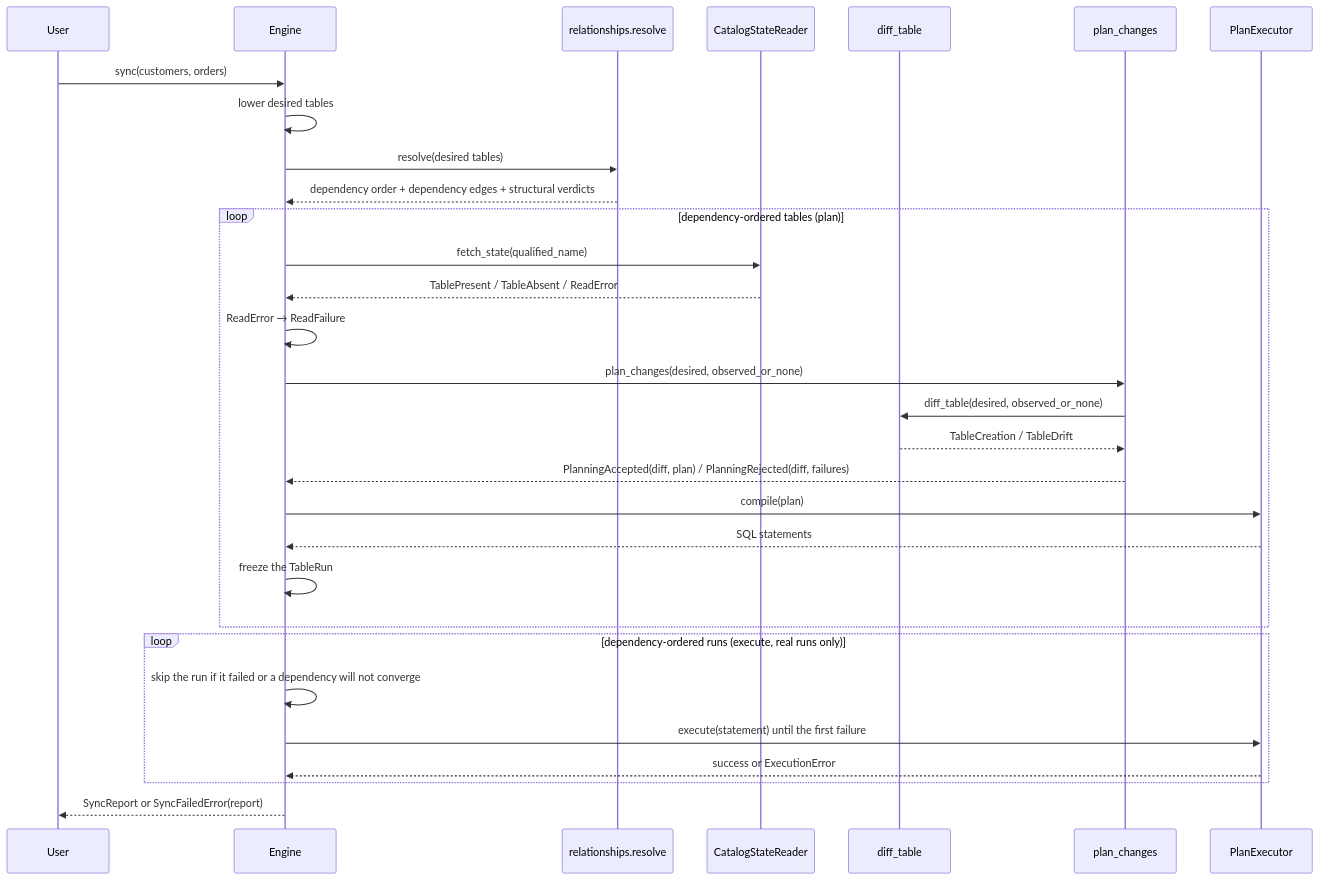
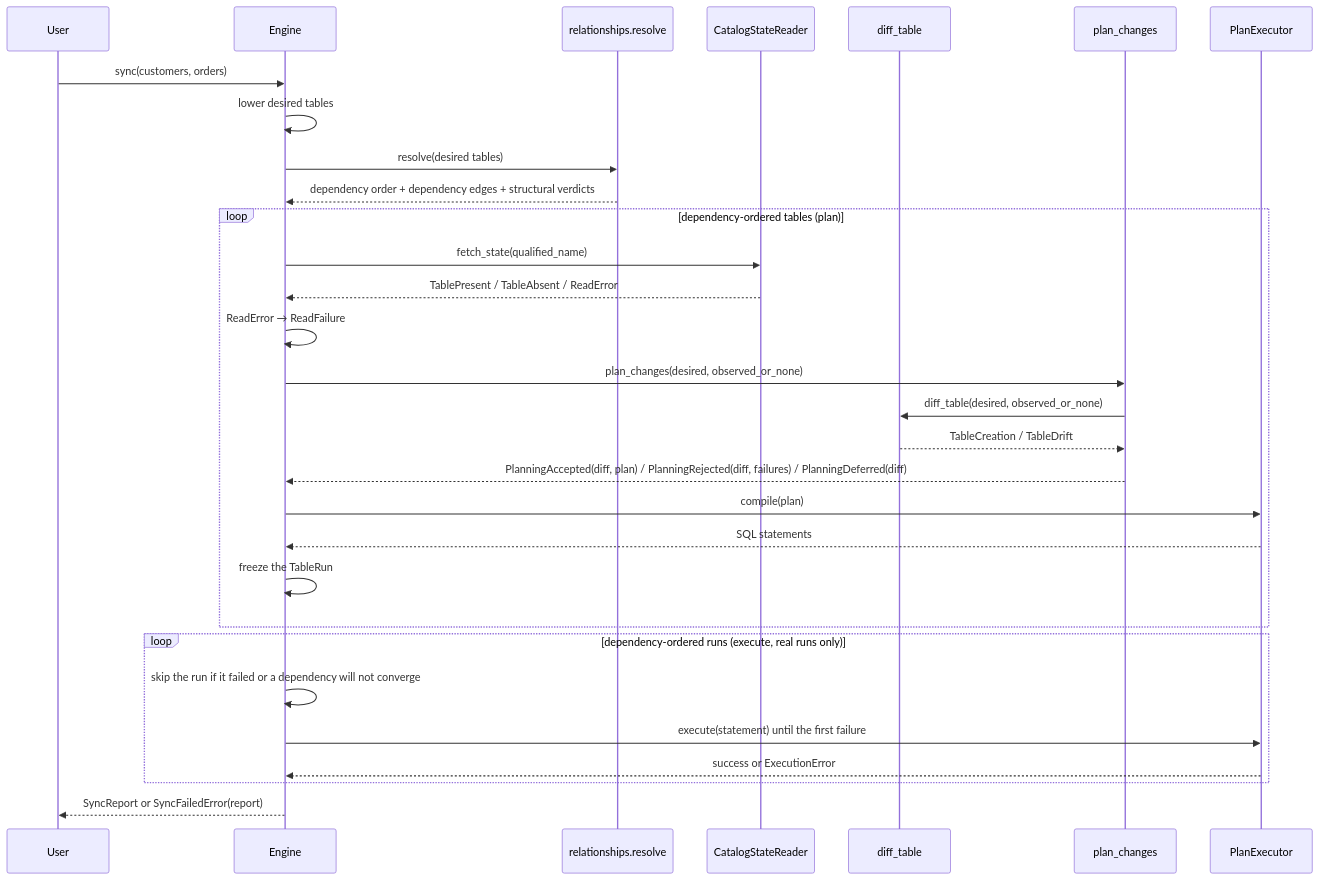
The third of 5 diagrams in docs/explanation-architecture.md (Tomoscorbin/delta-engine), drawn with Mermaid before and after one commit. The commit also changed other lines of this file and 20 other files, not shown here.

````diff
--- a/docs/explanation-architecture.md
+++ b/docs/explanation-architecture.md
@@ -278,33 +278,33 @@
 ```mermaid
 sequenceDiagram
     participant User
     participant Engine
     participant Resolver as relationships.resolve
     participant Reader as CatalogStateReader
     participant Differ as diff_table
     participant Planner as plan_changes
     participant Executor as PlanExecutor
 
     User->>Engine: sync(customers, orders)
     Engine->>Engine: lower desired tables
     Engine->>Resolver: resolve(desired tables)
     Resolver-->>Engine: dependency order + dependency edges + structural verdicts
     loop dependency-ordered tables (plan)
         Engine->>Reader: fetch_state(qualified_name)
         Reader-->>Engine: TablePresent / TableAbsent / ReadError
         Engine->>Engine: ReadError → ReadFailure
         Engine->>Planner: plan_changes(desired, observed_or_none)
         Planner->>Differ: diff_table(desired, observed_or_none)
         Differ-->>Planner: TableCreation / TableDrift
-        Planner-->>Engine: PlanningAccepted(diff, plan) / PlanningRejected(diff, failures)
+        Planner-->>Engine: PlanningAccepted(diff, plan) / PlanningRejected(diff, failures) / PlanningDeferred(diff)
         Engine->>Executor: compile(plan)
         Executor-->>Engine: SQL statements
         Engine->>Engine: freeze the TableRun
     end
     loop dependency-ordered runs (execute, real runs only)
         Engine->>Engine: skip the run if it failed or a dependency will not converge
         Engine->>Executor: execute(statement) until the first failure
         Executor-->>Engine: success or ExecutionError
     end
     Engine-->>User: SyncReport or SyncFailedError(report)
 ```
````
